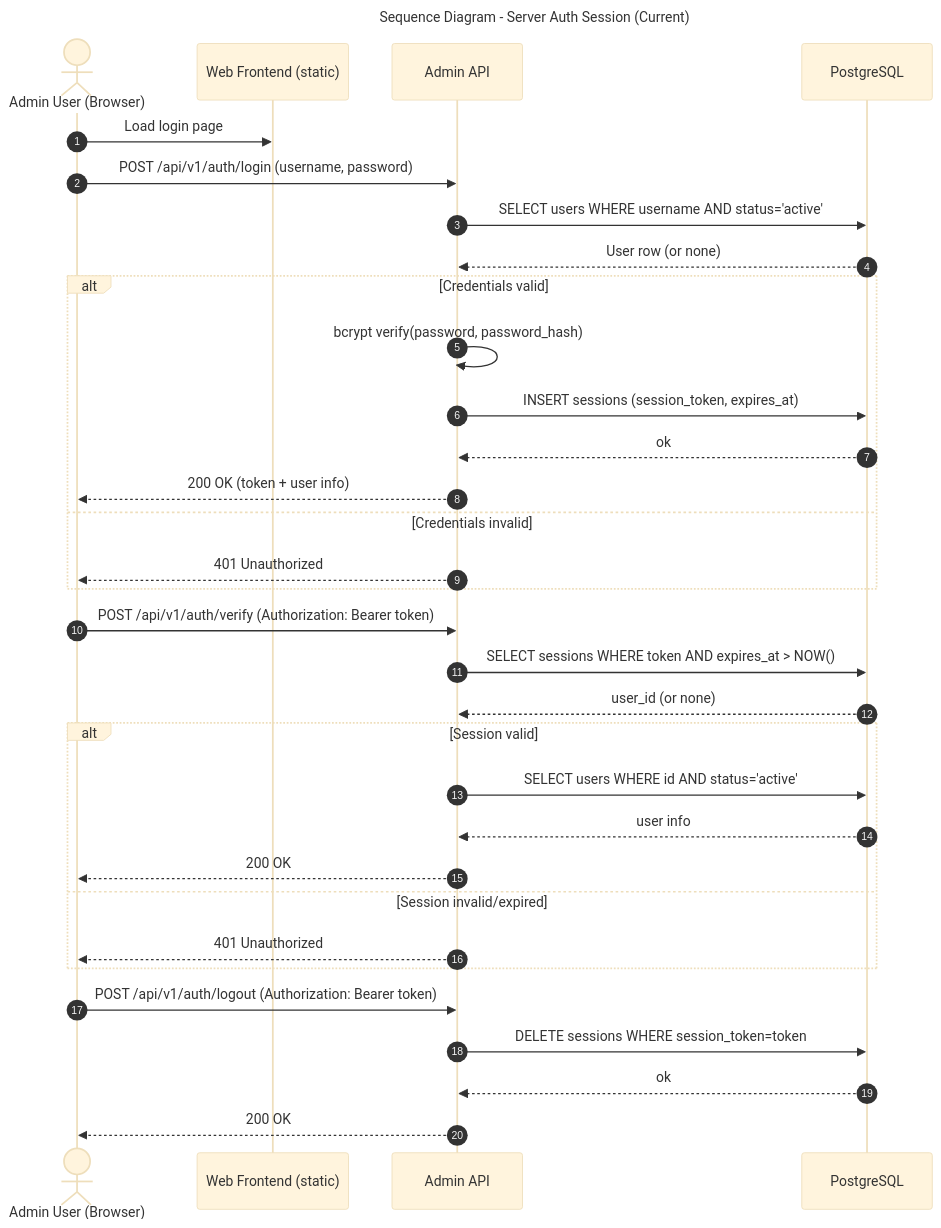
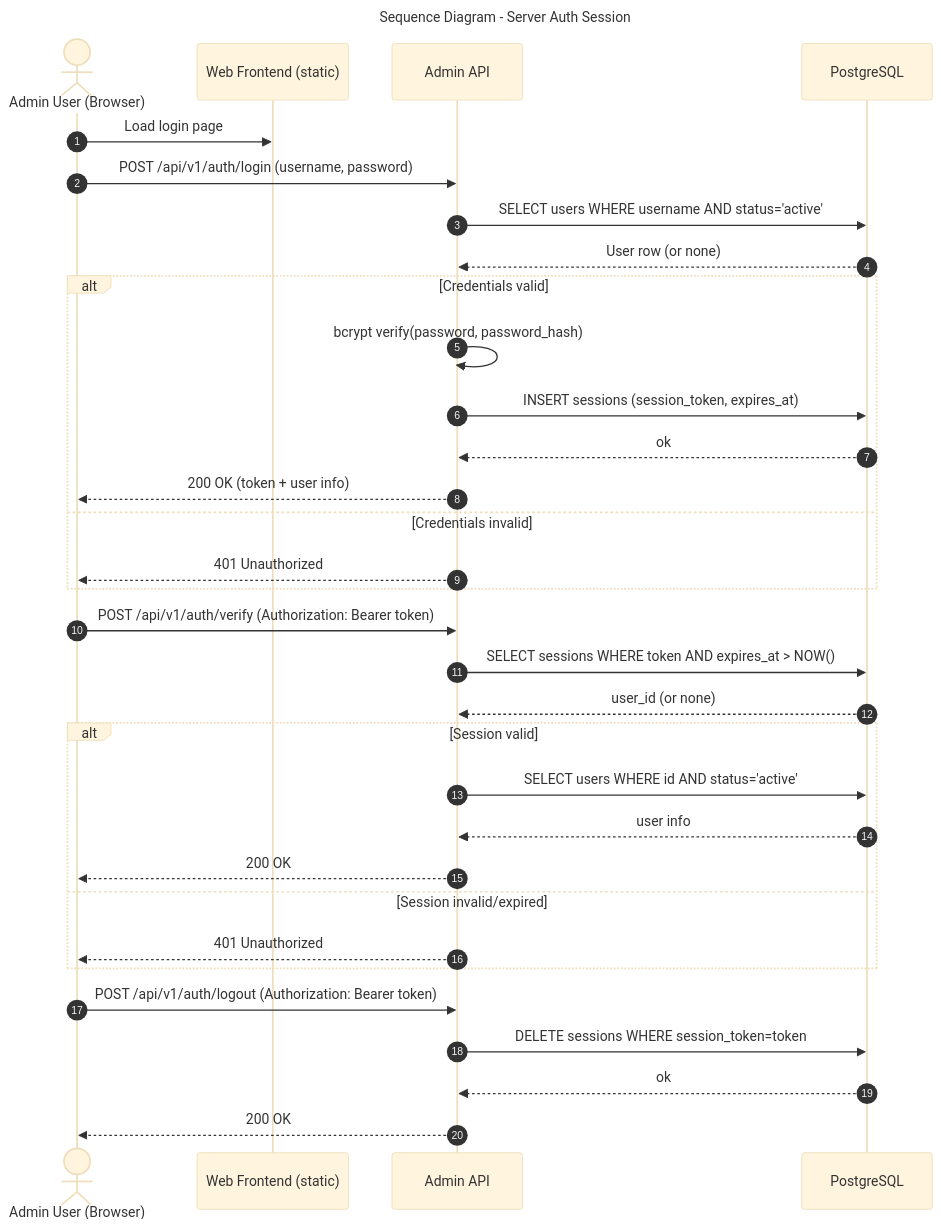
Before and after one commit to CHATEAUFORGE-LLC/QuantumZero: the diagram in diagrams/sequence-server-auth-session.mmd, drawn with Mermaid. The commit also changed other lines of this file and 53 other files, not shown here.

Commit message:
diagram refinement in preperation for sequence diagram review and enhancment

```diff
--- a/diagrams/sequence-server-auth-session.mmd
+++ b/diagrams/sequence-server-auth-session.mmd
@@ -1,43 +1,39 @@
 ---
-title: Sequence Diagram - Server Auth Session (Current)
+title: Sequence Diagram - Server Auth Session
 config:
   theme: base
 ---
 %% QuantumZero UML palette note: actors/external=#fff7e6/#b45309, system/component=#e0f2fe/#075985, datastore=#ecfccb/#4d7c0f, notes=#fff9c4/#d97706. Aligns diagrams to Deliverable 1 UML/DFD theme.
 %% Implements: QuantumZero-server/services/admin-api/src/handlers.rs (login/logout/verify_session)
 sequenceDiagram
-  autonumber
-  actor Admin as Admin User (Browser)
-  participant Web as Web Frontend (static)
-  participant API as Admin API
-  participant DB as PostgreSQL
-
-  Admin->>Web: Load login page
-  Admin->>API: POST /api/v1/auth/login (username, password)
-  API->>DB: SELECT users WHERE username AND status='active'
-  DB-->>API: User row (or none)
-
-  alt Credentials valid
-    API->>API: bcrypt verify(password, password_hash)
-    API->>DB: INSERT sessions (session_token, expires_at)
-    DB-->>API: ok
-    API-->>Admin: 200 OK (token + user info)
-  else Credentials invalid
-    API-->>Admin: 401 Unauthorized
-  end
-
-  Admin->>API: POST /api/v1/auth/verify (Authorization: Bearer token)
-  API->>DB: SELECT sessions WHERE token AND expires_at > NOW()
-  DB-->>API: user_id (or none)
-  alt Session valid
-    API->>DB: SELECT users WHERE id AND status='active'
-    DB-->>API: user info
-    API-->>Admin: 200 OK
-  else Session invalid/expired
-    API-->>Admin: 401 Unauthorized
-  end
-
-  Admin->>API: POST /api/v1/auth/logout (Authorization: Bearer token)
-  API->>DB: DELETE sessions WHERE session_token=token
-  DB-->>API: ok
-  API-->>Admin: 200 OK
+ autonumber
+ actor Admin as Admin User (Browser)
+ participant Web as Web Frontend (static)
+ participant API as Admin API
+ participant DB as PostgreSQL
+ Admin->>Web: Load login page
+ Admin->>API: POST /api/v1/auth/login (username, password)
+ API->>DB: SELECT users WHERE username AND status='active'
+ DB-->>API: User row (or none)
+ alt Credentials valid
+ API->>API: bcrypt verify(password, password_hash)
+ API->>DB: INSERT sessions (session_token, expires_at)
+ DB-->>API: ok
+ API-->>Admin: 200 OK (token + user info)
+ else Credentials invalid
+ API-->>Admin: 401 Unauthorized
+ end
+ Admin->>API: POST /api/v1/auth/verify (Authorization: Bearer token)
+ API->>DB: SELECT sessions WHERE token AND expires_at > NOW()
+ DB-->>API: user_id (or none)
+ alt Session valid
+ API->>DB: SELECT users WHERE id AND status='active'
+ DB-->>API: user info
+ API-->>Admin: 200 OK
+ else Session invalid/expired
+ API-->>Admin: 401 Unauthorized
+ end
+ Admin->>API: POST /api/v1/auth/logout (Authorization: Bearer token)
+ API->>DB: DELETE sessions WHERE session_token=token
+ DB-->>API: ok
+ API-->>Admin: 200 OK
```
